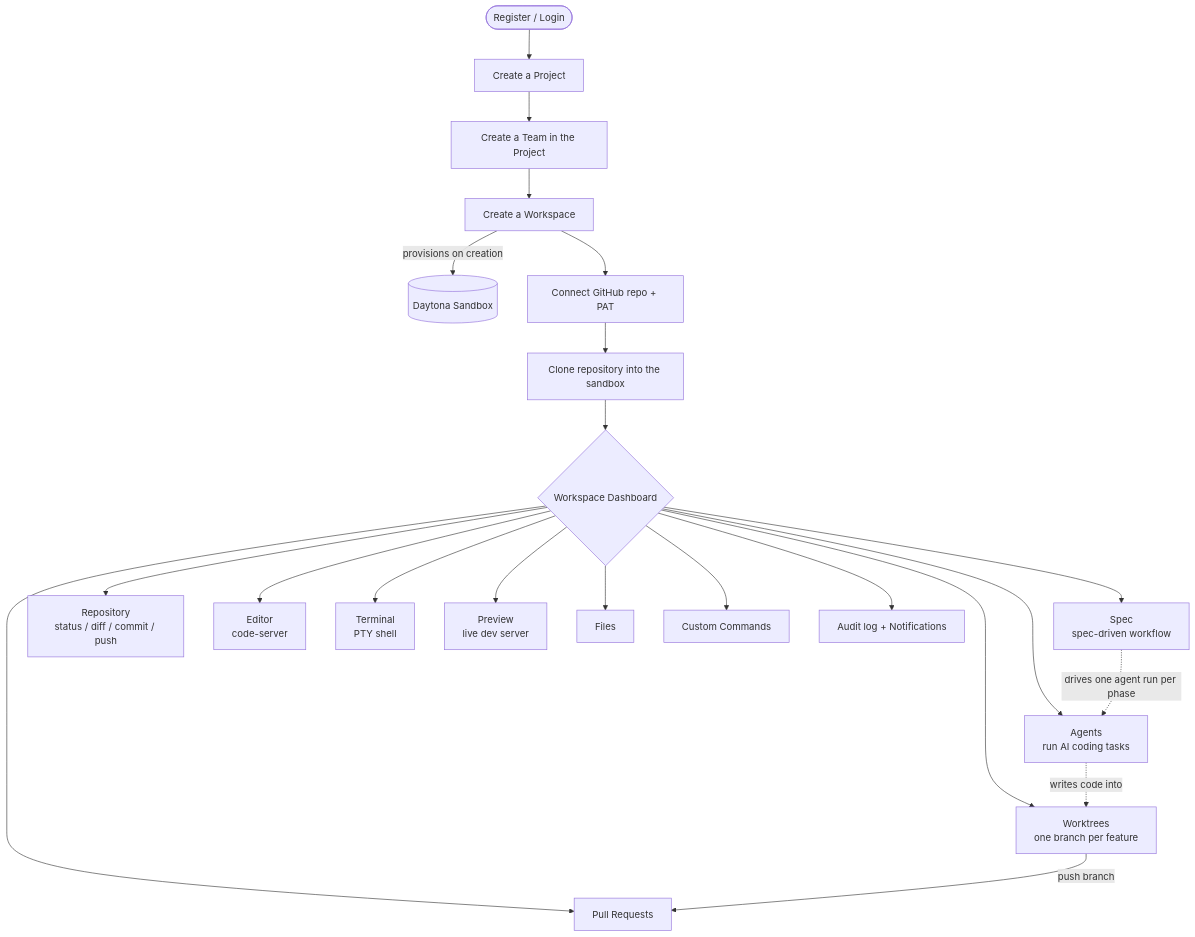
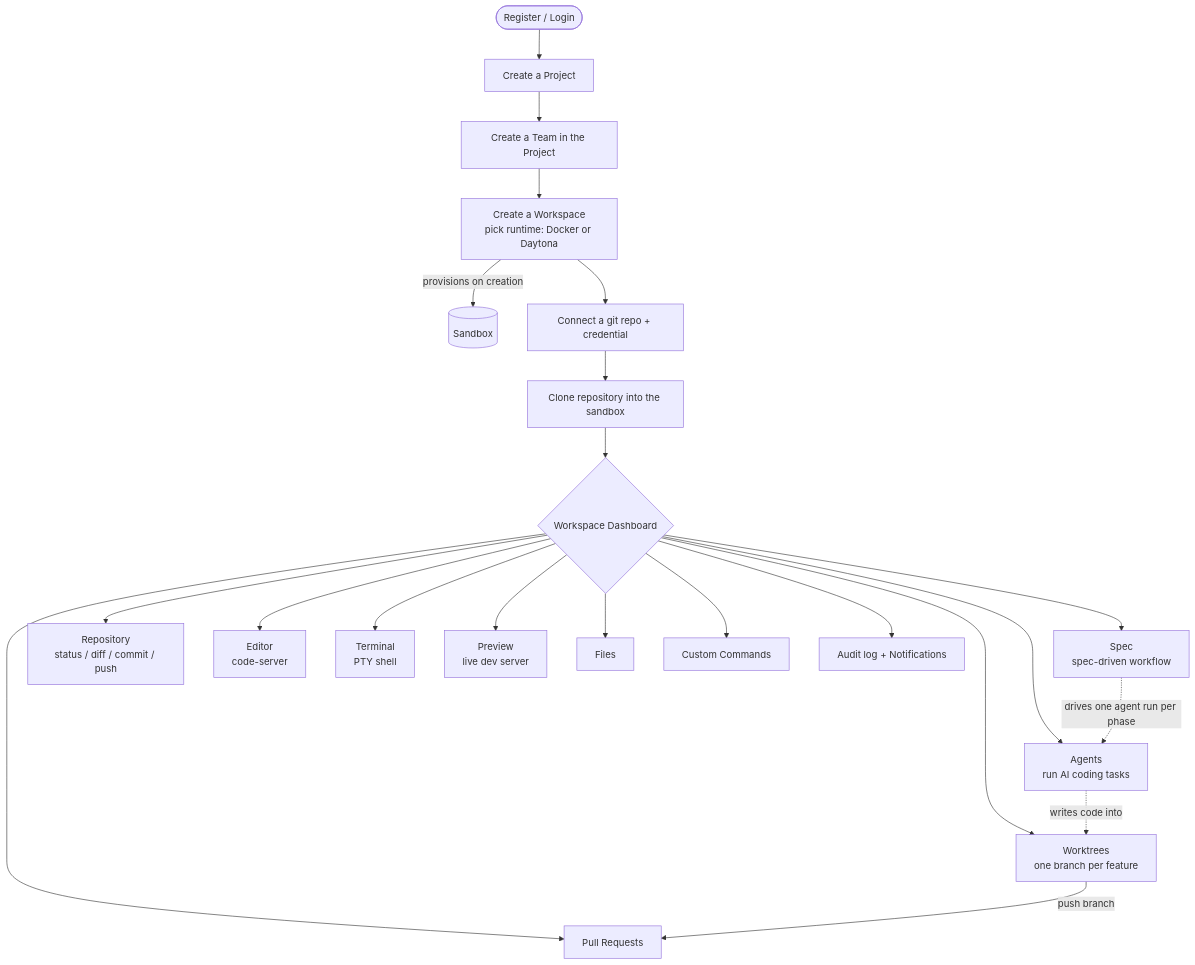
Before and after one commit to ranggaaprilio/enigma: the first of 5 diagrams in README.md, drawn with Mermaid. The commit also changed other lines of this file and 11 other files, not shown here.

First line of the commit message:
docs: document Docker runtime in README and add open-source project files (AGPL-3.0)

````diff
--- a/README.md
+++ b/README.md
@@ -74,26 +83,26 @@
 ```mermaid
 flowchart TD
     A([Register / Login]) --> B[Create a Project]
     B --> C[Create a Team in the Project]
-    C --> D[Create a Workspace]
-    D -->|provisions on creation| S[(Daytona Sandbox)]
-    D --> E[Connect GitHub repo + PAT]
+    C --> D[Create a Workspace<br/>pick runtime: Docker or Daytona]
+    D -->|provisions on creation| S[(Sandbox)]
+    D --> E[Connect a git repo + credential]
     E --> F[Clone repository into the sandbox]
     F --> G{Workspace Dashboard}
 
     G --> AG[Agents<br/>run AI coding tasks]
     G --> SP[Spec<br/>spec-driven workflow]
     G --> RP[Repository<br/>status / diff / commit / push]
     G --> WT[Worktrees<br/>one branch per feature]
     G --> PR[Pull Requests]
     G --> ED[Editor<br/>code-server]
     G --> TM[Terminal<br/>PTY shell]
     G --> PV[Preview<br/>live dev server]
     G --> FM[Files]
     G --> CC[Custom Commands]
     G --> AU[Audit log + Notifications]
 
     SP -. drives one agent run per phase .-> AG
     AG -. writes code into .-> WT
     WT -->|push branch| PR
 ```
````
